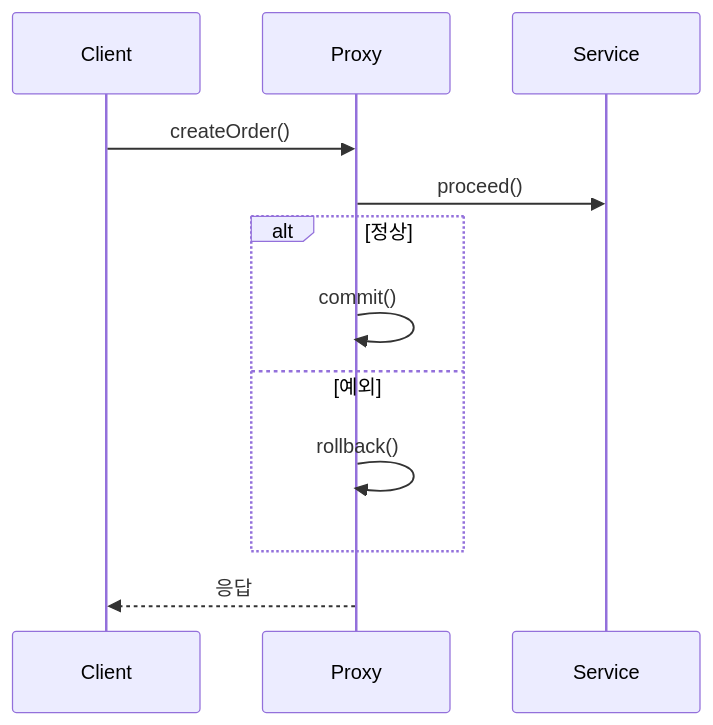
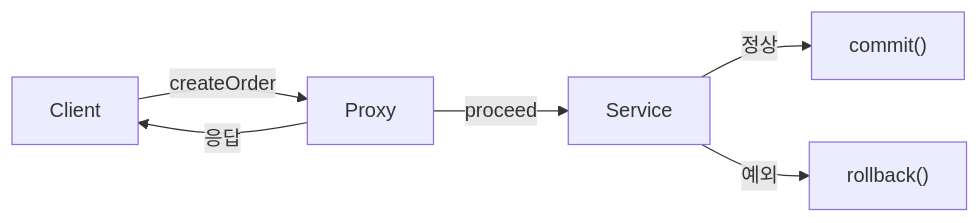
Before and after one commit to yjkim2015/yjkim2015.github.io: the third of 5 diagrams in _posts/spring/2026-05-01-spring-aop.md, drawn with Mermaid. The commit also changed 163 other files, not shown here.

First line of the commit message:
Mermaid 300개 블록 내용 축소: 5노드 5엣지 이하, 의미 있는 약어

````diff
--- a/_posts/spring/2026-05-01-spring-aop.md
+++ b/_posts/spring/2026-05-01-spring-aop.md
@@ -352,14 +352,8 @@
 ```mermaid
-sequenceDiagram
-    participant C as Client
-    participant P as Proxy
-    participant S as Service
-    C->>P: createOrder()
-    P->>S: proceed()
-    alt 정상
-        P->>P: commit()
-    else 예외
-        P->>P: rollback()
-    end
-    P-->>C: 응답
+graph LR
+    C["Client"] -->|createOrder| P["Proxy"]
+    P -->|proceed| S["Service"]
+    S -->|정상| OK["commit()"]
+    S -->|예외| RB["rollback()"]
+    P -->|응답| C
 ```
````
